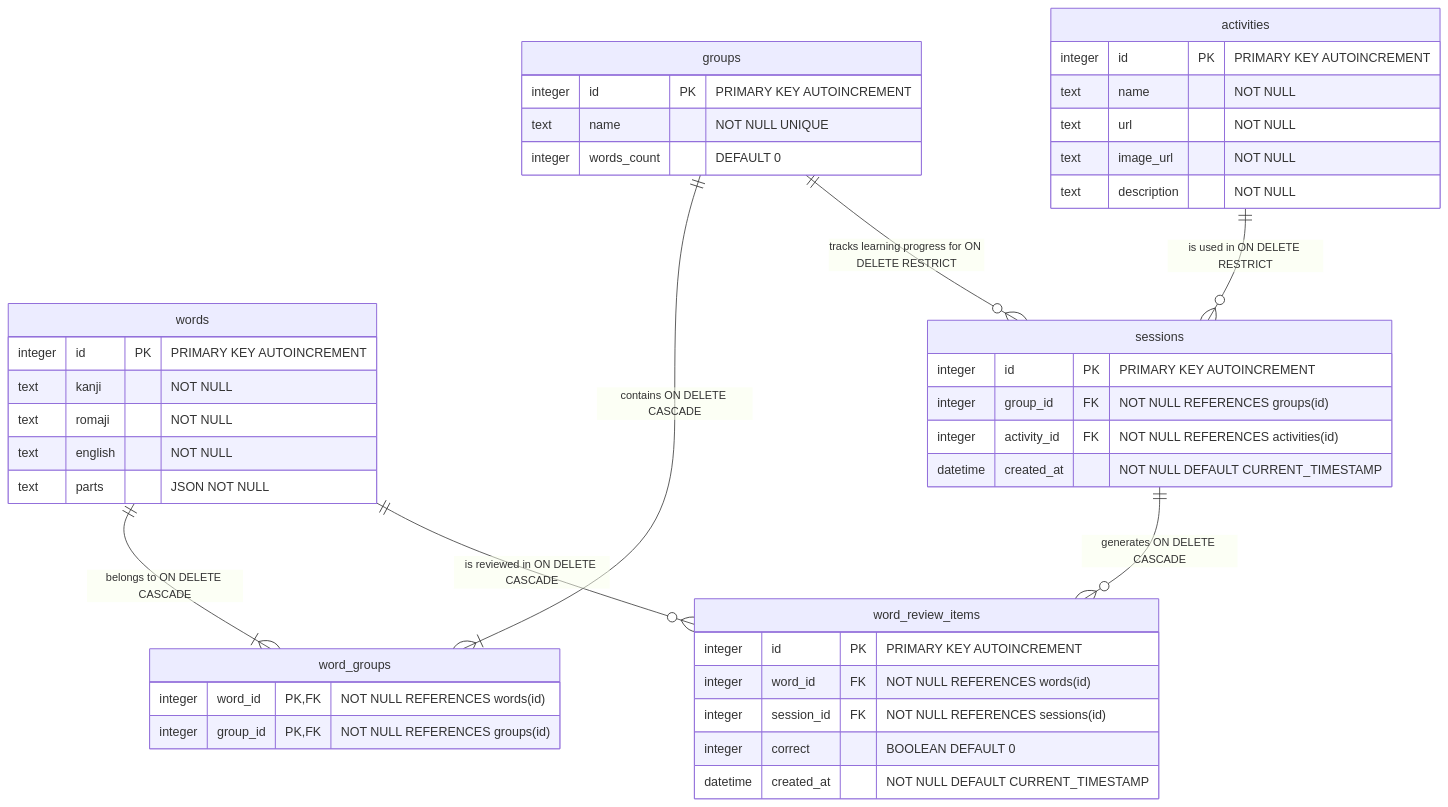
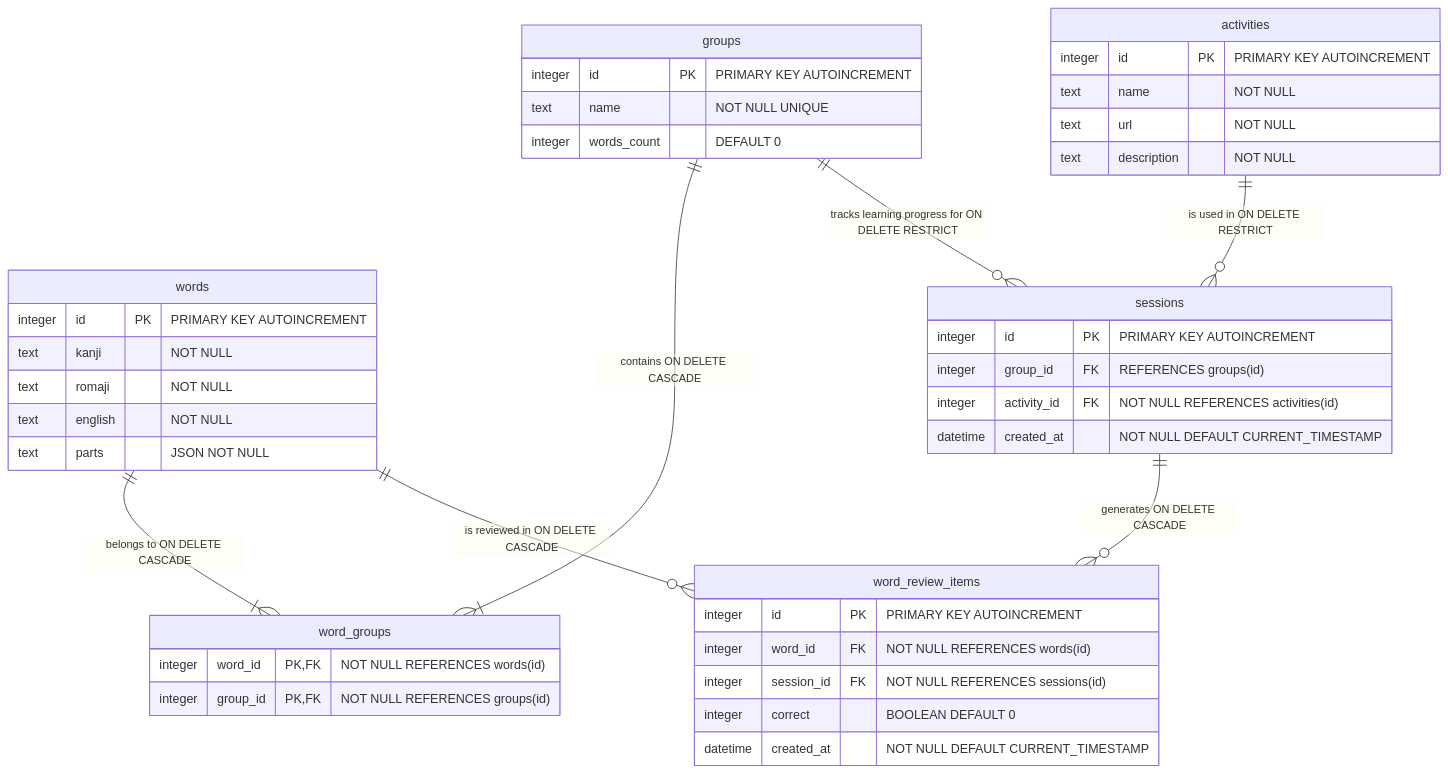
The diagram in lang-portal/docs/Database-Schema.md (rcgray/free-genai-bootcamp-2025), drawn with Mermaid before and after one commit. The commit also changed other lines of this file and 19 other files, not shown here.

Commit message:
db updates - sessions no longer requires a group_id, image_url removed from activities

````diff
--- a/lang-portal/docs/Database-Schema.md
+++ b/lang-portal/docs/Database-Schema.md
@@ -15,51 +15,50 @@
 ```mermaid
 erDiagram
     groups {
         integer id PK "PRIMARY KEY AUTOINCREMENT"
         text name "NOT NULL UNIQUE"
         integer words_count "DEFAULT 0"
     }
 
     words {
         integer id PK "PRIMARY KEY AUTOINCREMENT"
         text kanji "NOT NULL"
         text romaji "NOT NULL"
         text english "NOT NULL"
         text parts "JSON NOT NULL"
     }
 
     word_groups {
         integer word_id PK,FK "NOT NULL REFERENCES words(id)"
         integer group_id PK,FK "NOT NULL REFERENCES groups(id)"
     }
 
     activities {
         integer id PK "PRIMARY KEY AUTOINCREMENT"
         text name "NOT NULL"
         text url "NOT NULL"
-        text image_url "NOT NULL"
         text description "NOT NULL"
     }
 
     sessions {
         integer id PK "PRIMARY KEY AUTOINCREMENT"
-        integer group_id FK "NOT NULL REFERENCES groups(id)"
+        integer group_id FK "REFERENCES groups(id)"
         integer activity_id FK "NOT NULL REFERENCES activities(id)"
         datetime created_at "NOT NULL DEFAULT CURRENT_TIMESTAMP"
     }
 
     word_review_items {
         integer id PK "PRIMARY KEY AUTOINCREMENT"
         integer word_id FK "NOT NULL REFERENCES words(id)"
         integer session_id FK "NOT NULL REFERENCES sessions(id)"
         integer correct "BOOLEAN DEFAULT 0"
         datetime created_at "NOT NULL DEFAULT CURRENT_TIMESTAMP"
     }
 
     words ||--|{ word_groups : "belongs to ON DELETE CASCADE"
     groups ||--|{ word_groups : "contains ON DELETE CASCADE"
     groups ||--o{ sessions : "tracks learning progress for ON DELETE RESTRICT"
     activities ||--o{ sessions : "is used in ON DELETE RESTRICT"
     sessions ||--o{ word_review_items : "generates ON DELETE CASCADE"
     words ||--o{ word_review_items : "is reviewed in ON DELETE CASCADE"
 ```
````
